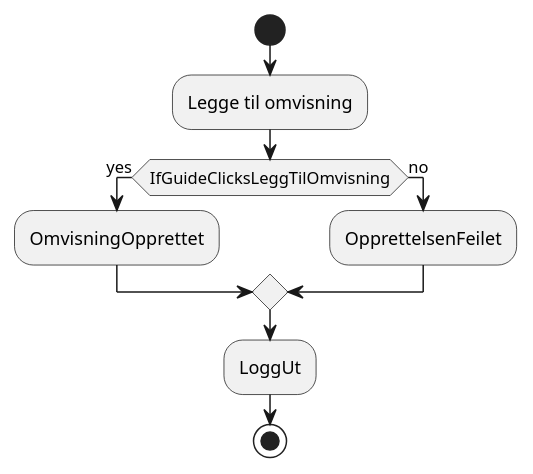
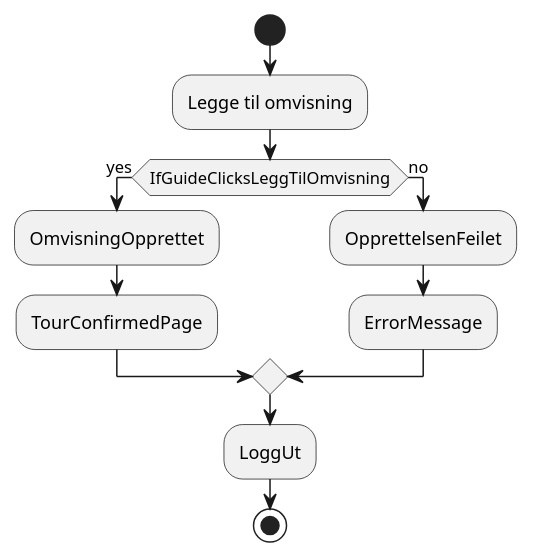
Before and after one commit to WaalerThomas/ITF20319_Gruppe13: the diagram in src/main/ActivityDiagram.puml, drawn with PlantUML.

```diff
--- a/src/main/ActivityDiagram.puml
+++ b/src/main/ActivityDiagram.puml
@@ -1,13 +1,14 @@
 @startuml
 'https://plantuml.com/activity-diagram-beta
 start
 :Legge til omvisning;
 if (IfGuideClicksLeggTilOmvisning) is (yes) then
   :OmvisningOpprettet;
+  :TourConfirmedPage;
 else (no)
   :OpprettelsenFeilet;
+  :ErrorMessage;
 endif
 :LoggUt;
 stop
-
 @enduml
```
